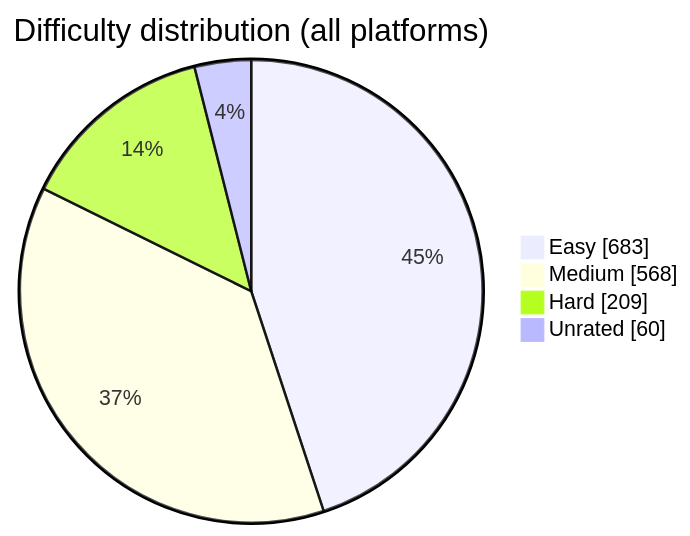
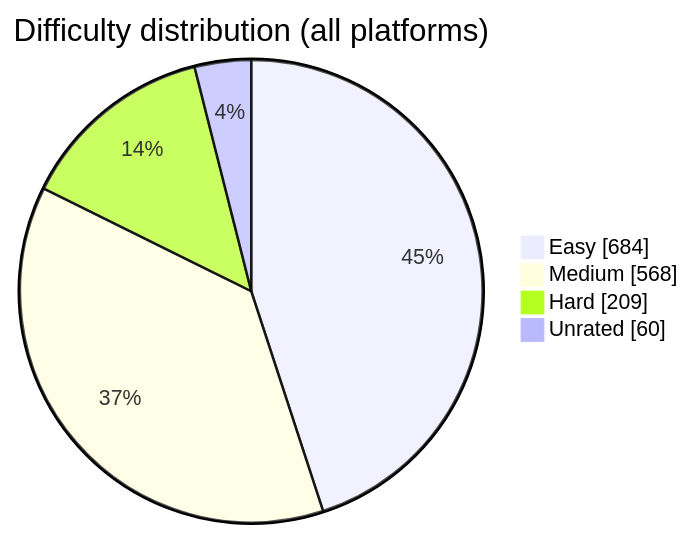
The diagram in README.md (BuildbyArindam/Daily-Coding-Log), drawn with Mermaid before and after one commit. The commit also changed other lines of this file, not shown here.

````diff
--- a/README.md
+++ b/README.md
@@ -93,7 +93,7 @@
 ```mermaid
 pie showData title Difficulty distribution (all platforms)
-    "Easy" : 683
+    "Easy" : 684
     "Medium" : 568
     "Hard" : 209
     "Unrated" : 60
 ```
````
